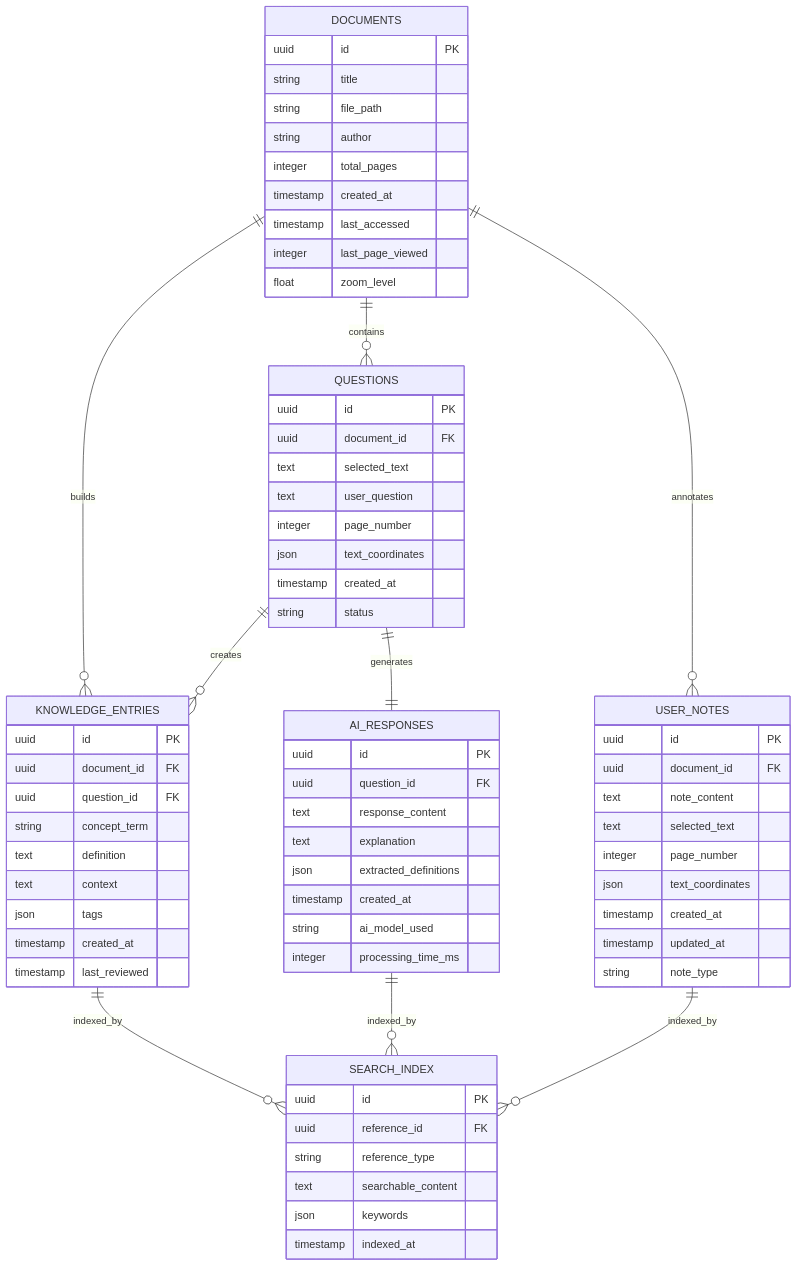
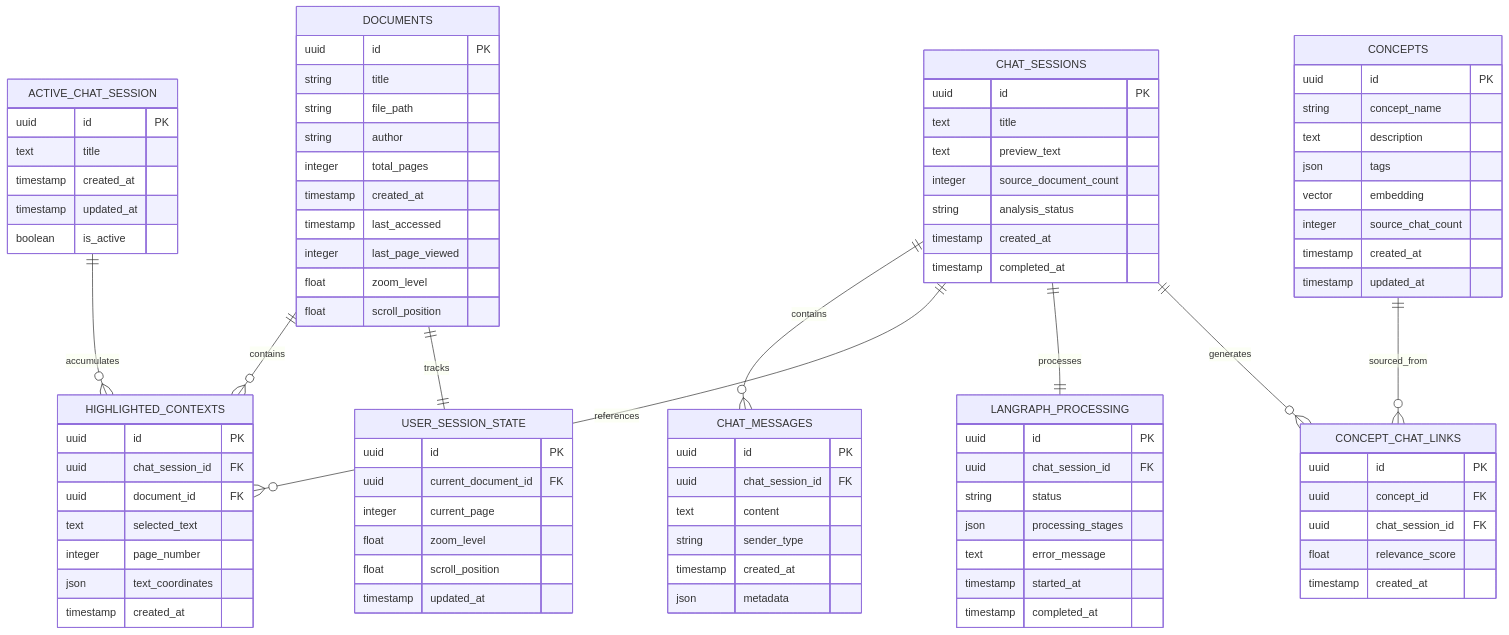
One commit to kanishk-jain-01/GeniusReads changed the second of 4 diagrams in tasks/architecture-diagrams.md. Above: the diagram before and after it, drawn with Mermaid. The commit also changed other lines of this file and 3 other files, not shown here.

Commit message:
Docs(planning): refactor architecture for three-tab chat-based learning system

````diff
--- a/tasks/architecture-diagrams.md
+++ b/tasks/architecture-diagrams.md
@@ -80,69 +109,93 @@
         timestamp last_accessed
         integer last_page_viewed
         float zoom_level
+        float scroll_position
     }
     
-    QUESTIONS {
+    USER_SESSION_STATE {
         uuid id PK
-        uuid document_id FK
-        text selected_text
-        text user_question
-        integer page_number
-        json text_coordinates
-        timestamp created_at
-        string status
+        uuid current_document_id FK
+        integer current_page
+        float zoom_level
+        float scroll_position
+        timestamp updated_at
     }
     
-    AI_RESPONSES {
+    ACTIVE_CHAT_SESSION {
         uuid id PK
-        uuid question_id FK
-        text response_content
-        text explanation
-        json extracted_definitions
+        text title
         timestamp created_at
-        string ai_model_used
-        integer processing_time_ms
+        timestamp updated_at
+        boolean is_active
     }
     
-    KNOWLEDGE_ENTRIES {
+    CHAT_SESSIONS {
         uuid id PK
-        uuid document_id FK
-        uuid question_id FK
-        string concept_term
-        text definition
-        text context
-        json tags
+        text title
+        text preview_text
+        integer source_document_count
+        string analysis_status
         timestamp created_at
-        timestamp last_reviewed
+        timestamp completed_at
     }
     
-    USER_NOTES {
+    CHAT_MESSAGES {
         uuid id PK
+        uuid chat_session_id FK
+        text content
+        string sender_type
+        timestamp created_at
+        json metadata
+    }
+    
+    HIGHLIGHTED_CONTEXTS {
+        uuid id PK
+        uuid chat_session_id FK
         uuid document_id FK
-        text note_content
         text selected_text
         integer page_number
         json text_coordinates
         timestamp created_at
-        timestamp updated_at
-        string note_type
     }
     
-    SEARCH_INDEX {
+    CONCEPTS {
         uuid id PK
-        uuid reference_id FK
-        string reference_type
-        text searchable_content
-        json keywords
-        timestamp indexed_at
+        string concept_name
+        text description
+        json tags
+        vector embedding
+        integer source_chat_count
+        timestamp created_at
+        timestamp updated_at
     }
     
-    DOCUMENTS ||--o{ QUESTIONS : "contains"
-    QUESTIONS ||--|| AI_RESPONSES : "generates"
-    DOCUMENTS ||--o{ KNOWLEDGE_ENTRIES : "builds"
-    QUESTIONS ||--o{ KNOWLEDGE_ENTRIES : "creates"
-    DOCUMENTS ||--o{ USER_NOTES : "annotates"
-    KNOWLEDGE_ENTRIES ||--o{ SEARCH_INDEX : "indexed_by"
-    AI_RESPONSES ||--o{ SEARCH_INDEX : "indexed_by"
-    USER_NOTES ||--o{ SEARCH_INDEX : "indexed_by"
+    CONCEPT_CHAT_LINKS {
+        uuid id PK
+        uuid concept_id FK
+        uuid chat_session_id FK
+        float relevance_score
+        timestamp created_at
+    }
+    
+    LANGRAPH_PROCESSING {
+        uuid id PK
+        uuid chat_session_id FK
+        string status
+        json processing_stages
+        text error_message
+        timestamp started_at
+        timestamp completed_at
+    }
+    
+    DOCUMENTS ||--o{ HIGHLIGHTED_CONTEXTS : "contains"
+    DOCUMENTS ||--|| USER_SESSION_STATE : "tracks"
+    
+    ACTIVE_CHAT_SESSION ||--o{ HIGHLIGHTED_CONTEXTS : "accumulates"
+    
+    CHAT_SESSIONS ||--o{ CHAT_MESSAGES : "contains"
+    CHAT_SESSIONS ||--o{ HIGHLIGHTED_CONTEXTS : "references"
+    CHAT_SESSIONS ||--|| LANGRAPH_PROCESSING : "processes"
+    
+    CONCEPTS ||--o{ CONCEPT_CHAT_LINKS : "sourced_from"
+    CHAT_SESSIONS ||--o{ CONCEPT_CHAT_LINKS : "generates"
 ```
````
